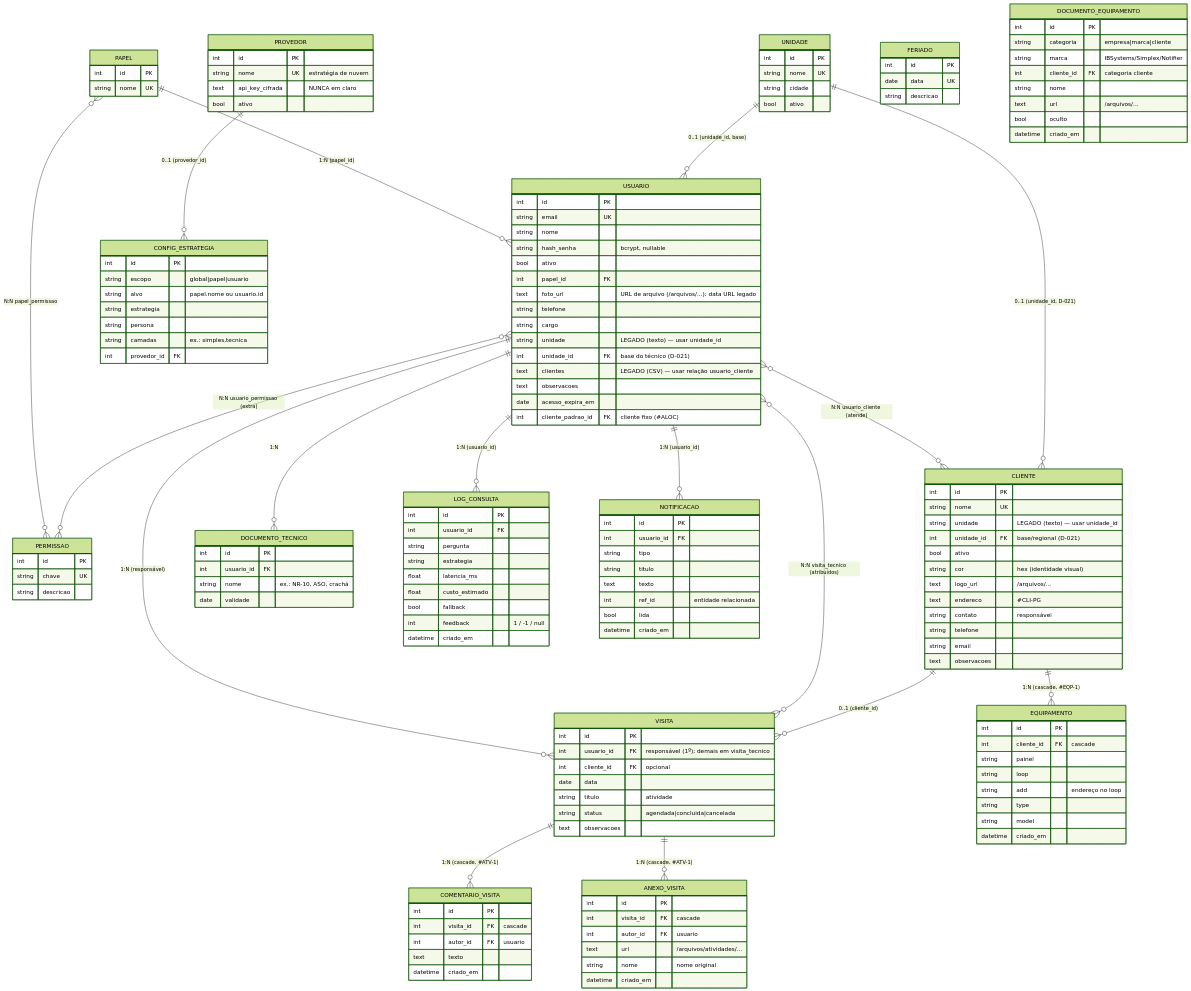
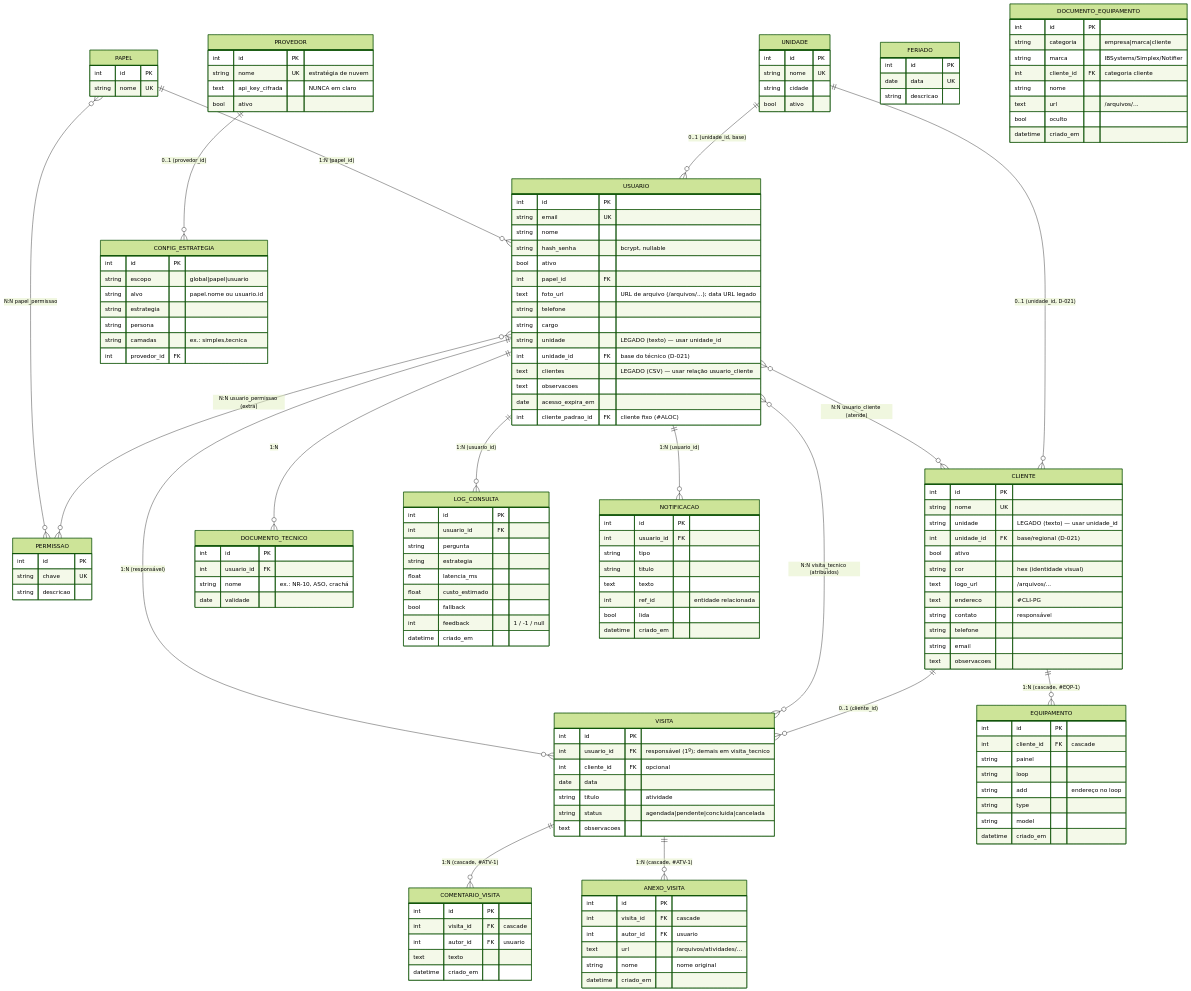
One commit to caiquemiranda/RAG-Simplex changed the diagram in docs/MODELO_DADOS.md. Above: the diagram before and after it, drawn with Mermaid (forest theme). The commit also changed 12 other files, not shown here.

First line of the commit message:
feat(ui): filtros+grafico em Atividades, status pendente, lightbox, sidebar simetrica/scroll

```diff
--- a/docs/MODELO_DADOS.md
+++ b/docs/MODELO_DADOS.md
@@ -78,7 +78,7 @@
     int cliente_id FK "opcional"
     date data
     string titulo "atividade"
-    string status "agendada|concluida|cancelada"
+    string status "agendada|pendente|concluida|cancelada"
     text observacoes
   }
   EQUIPAMENTO {
```
